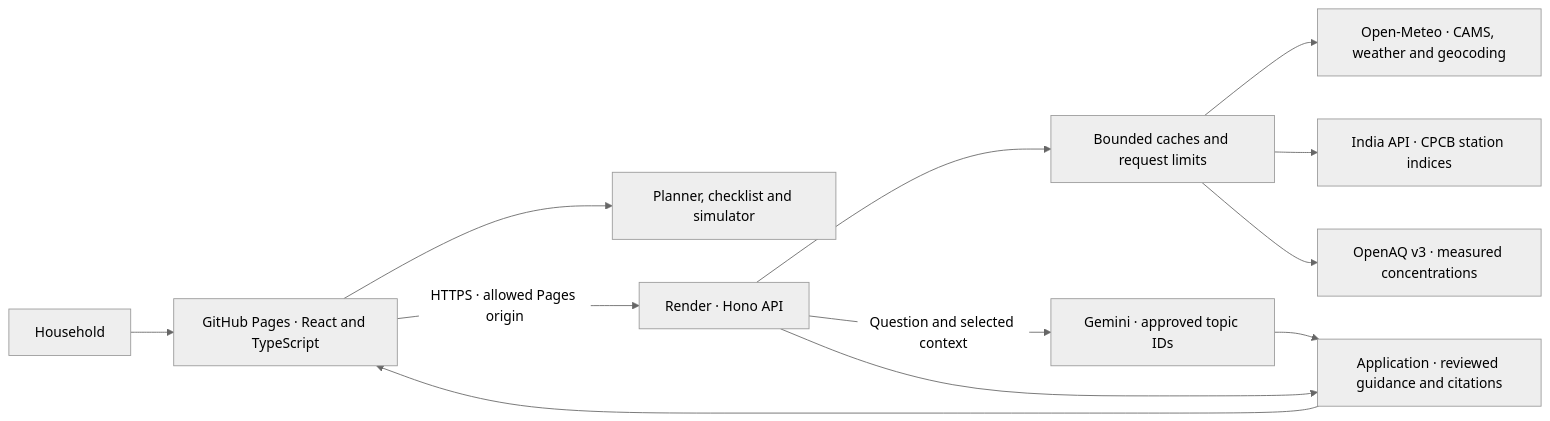
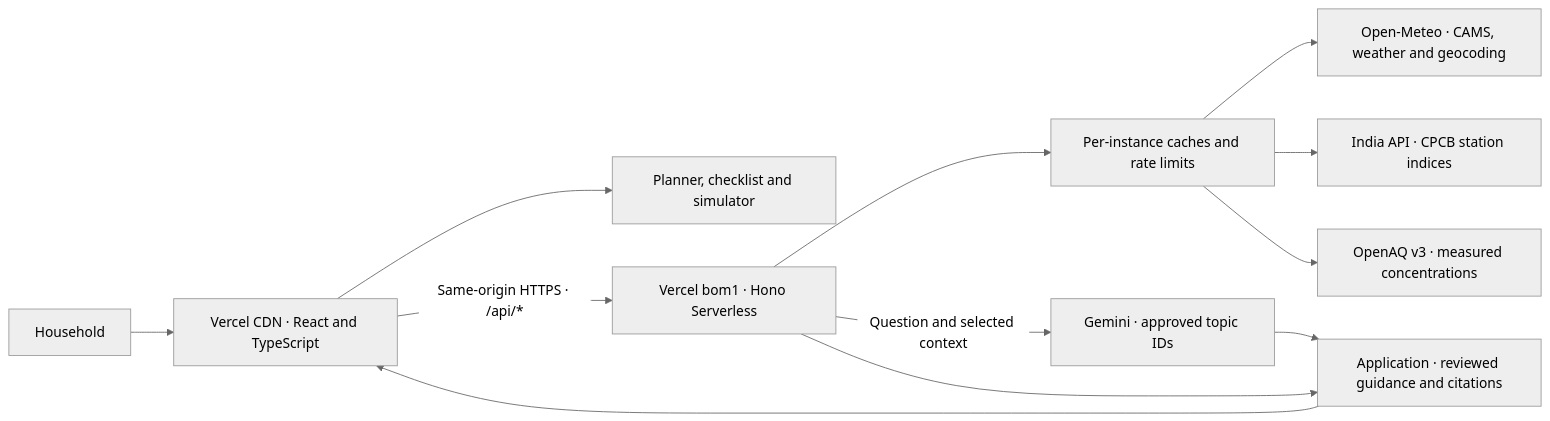
The diagram in README.md (jatinkumar11954/AQI), drawn with Mermaid (neutral theme) before and after one commit. The commit also changed other lines of this file and 6 other files, not shown here.

Commit message:
arch: normalize Gemini classification cache keys and align docs with Vercel deployment

````diff
--- a/README.md
+++ b/README.md
@@ -12,14 +12,14 @@
 ```mermaid
 flowchart LR
-  USER[Household] --> PAGES[GitHub Pages · React and TypeScript]
-  PAGES --> RULES[Planner, checklist and simulator]
-  PAGES -->|HTTPS · allowed Pages origin| API[Render · Hono API]
-  API --> CACHE[Bounded caches and request limits]
+  USER[Household] --> CLIENT[Vercel CDN · React and TypeScript]
+  CLIENT --> RULES[Planner, checklist and simulator]
+  CLIENT -->|Same-origin HTTPS · /api/*| API[Vercel bom1 · Hono Serverless]
+  API --> CACHE[Per-instance caches and rate limits]
   CACHE --> CAMS[Open-Meteo · CAMS, weather and geocoding]
   CACHE --> RELAY[India API · CPCB station indices]
   CACHE --> OPENAQ[OpenAQ v3 · measured concentrations]
   API -->|Question and selected context| GEMINI[Gemini · approved topic IDs]
   GEMINI --> CATALOG[Application · reviewed guidance and citations]
   API --> CATALOG
-  CATALOG --> PAGES
+  CATALOG --> CLIENT
 ```
````
